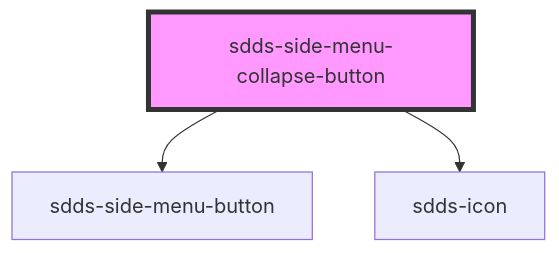
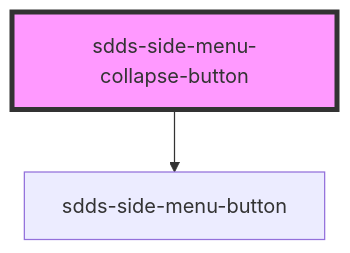
One commit to scania-digital-design-system/sdds changed the diagram in tegel/src/components/side-menu/webcomponent/side-menu-collapse-button/readme.md. Above: the diagram before and after it, drawn with Mermaid. The commit also changed other lines of this file and 3 other files, not shown here.

Commit message:
fix(side-menu): fix collapse button dependent on wrong icon This could have caused a potential future issue, if the icon was changed. In a theme or otherwise.

````diff
--- a/tegel/src/components/side-menu/webcomponent/side-menu-collapse-button/readme.md
+++ b/tegel/src/components/side-menu/webcomponent/side-menu-collapse-button/readme.md
@@ -22,6 +21,5 @@
 ```mermaid
 graph TD;
   sdds-side-menu-collapse-button --> sdds-side-menu-button
-  sdds-side-menu-collapse-button --> sdds-icon
   style sdds-side-menu-collapse-button fill:#f9f,stroke:#333,stroke-width:4px
 ```
````
